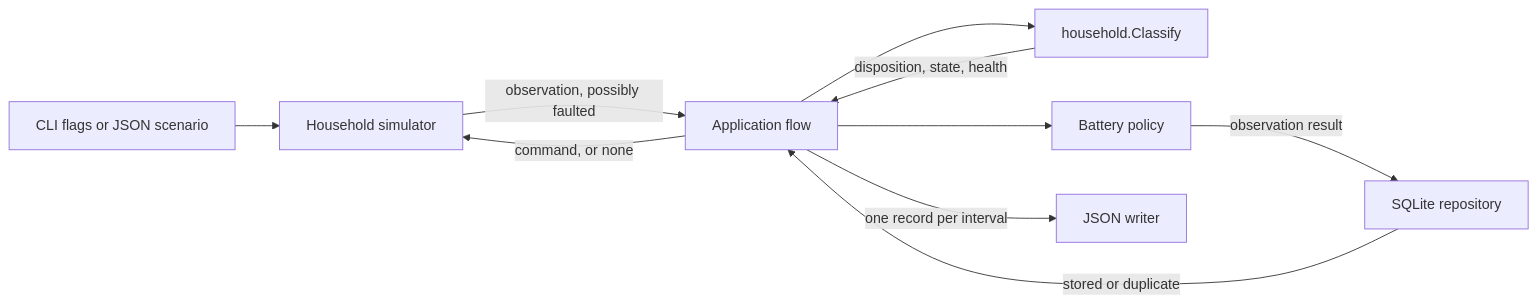
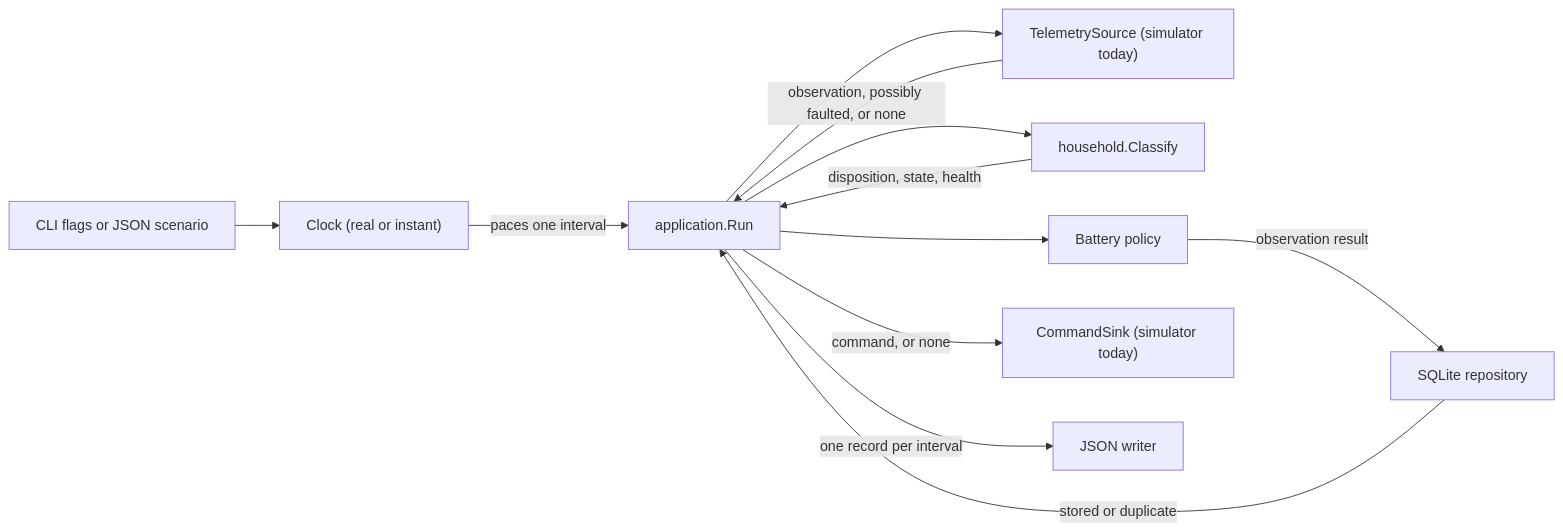
Before and after one commit to Stewz00/Wattfeder: the diagram in docs/ARCHITECTURE.md, drawn with Mermaid. The commit also changed other lines of this file and 16 other files, not shown here.

````diff
--- a/docs/ARCHITECTURE.md
+++ b/docs/ARCHITECTURE.md
@@ -9,12 +9,14 @@
 ```mermaid
 flowchart LR
-    Input["CLI flags or JSON scenario"] --> Simulator["Household simulator"]
-    Simulator -->|observation, possibly faulted| Application["Application flow"]
-    Application --> Classify["household.Classify"]
-    Classify -->|disposition, state, health| Application
-    Application --> Policy["Battery policy"]
+    Input["CLI flags or JSON scenario"] --> Clock["Clock (real or instant)"]
+    Clock -->|paces one interval| Loop["application.Run"]
+    Loop --> Source["TelemetrySource (simulator today)"]
+    Source -->|observation, possibly faulted, or none| Loop
+    Loop --> Classify["household.Classify"]
+    Classify -->|disposition, state, health| Loop
+    Loop --> Policy["Battery policy"]
     Policy -->|observation result| Storage["SQLite repository"]
-    Storage -->|stored or duplicate| Application
-    Application -->|command, or none| Simulator
-    Application -->|one record per interval| Output["JSON writer"]
+    Storage -->|stored or duplicate| Loop
+    Loop -->|command, or none| Sink["CommandSink (simulator today)"]
+    Loop -->|one record per interval| Output["JSON writer"]
 ```
````
